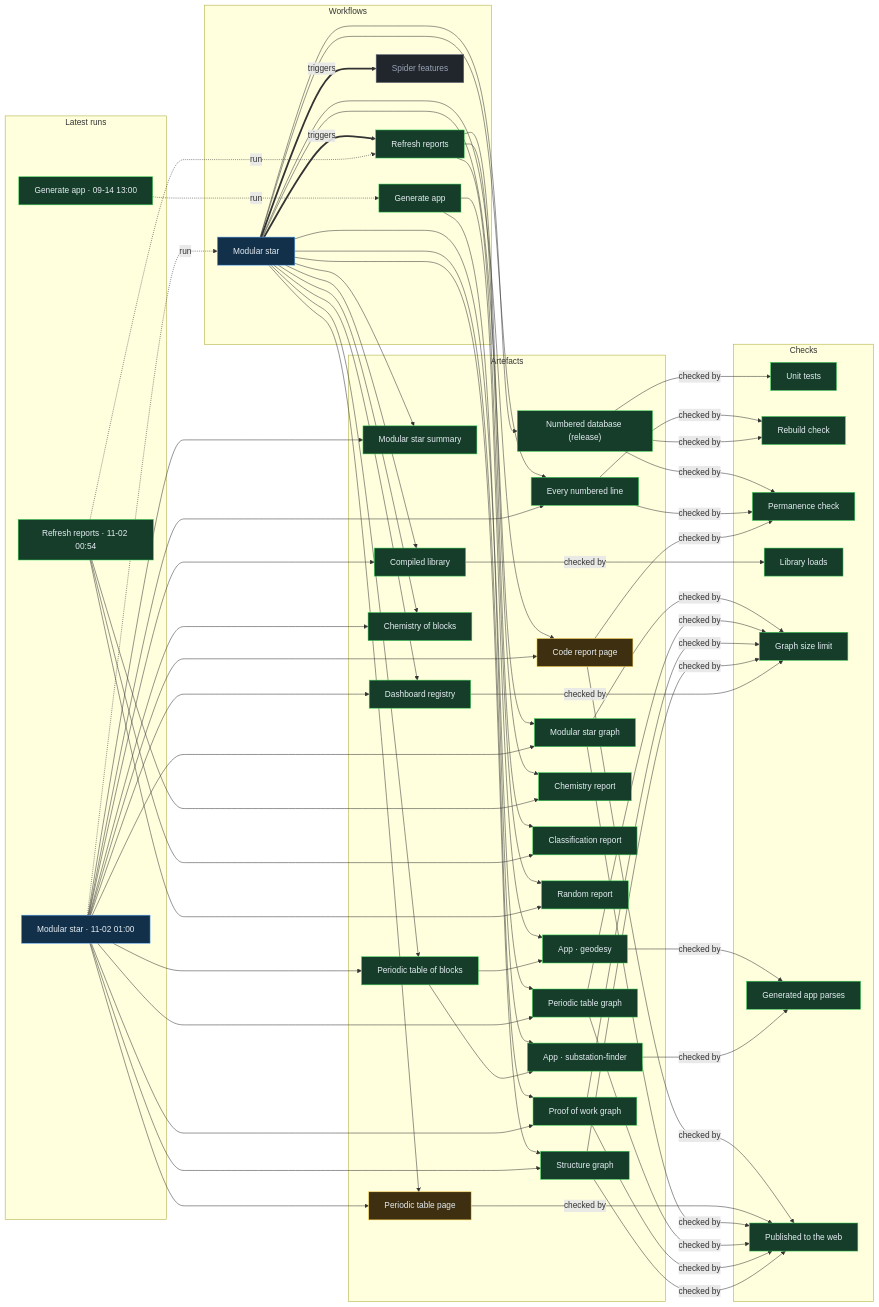
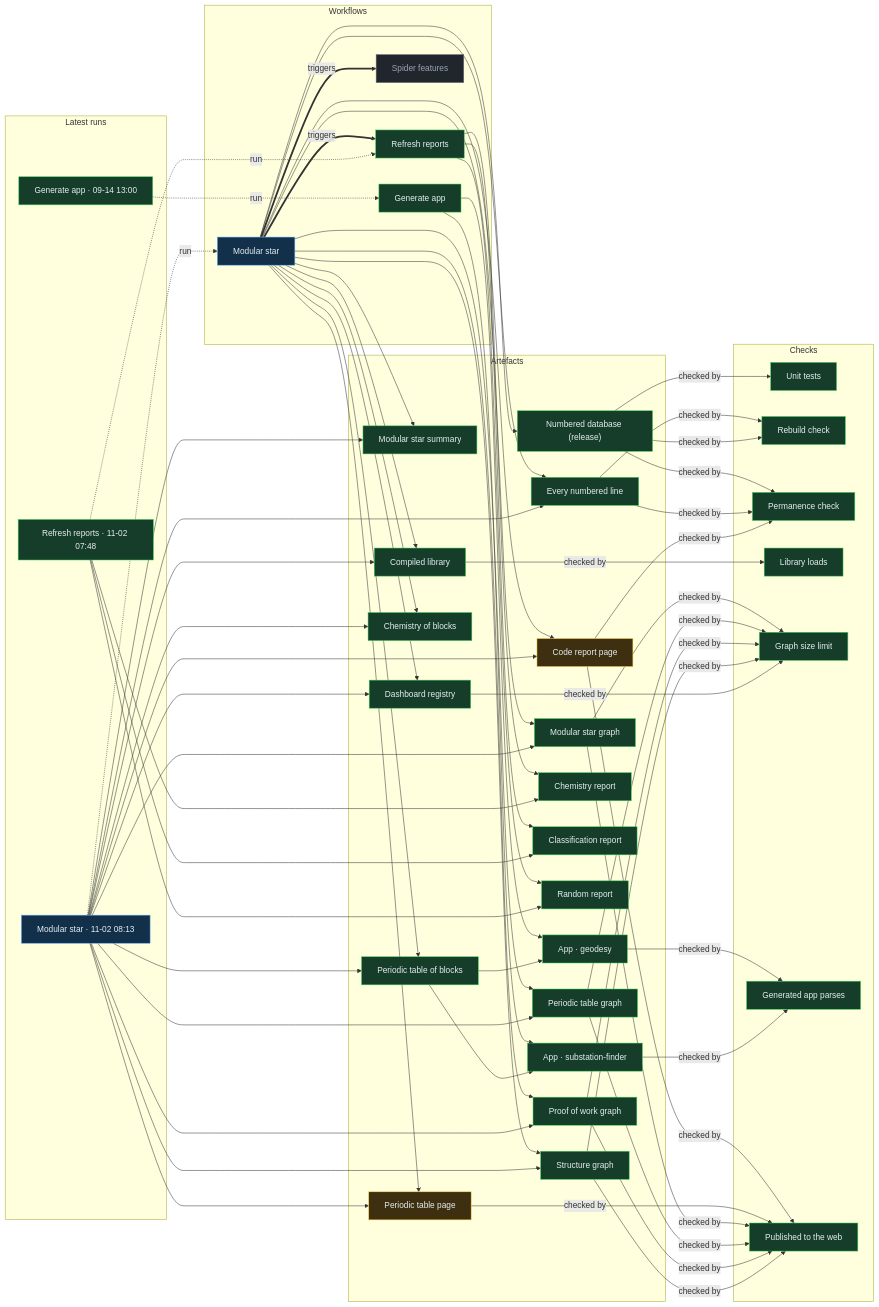
Before and after one commit to Ventusltd/stars: the diagram in proof/PROOF.md, drawn with Mermaid. The commit also changed other lines of this file and 165 other files, not shown here.

Commit message:
Modular star 2026-11-02T08:16Z

```diff
--- a/proof/PROOF.md
+++ b/proof/PROOF.md
@@ -24,8 +24,8 @@
   n_wf_spider_features["Spider features"]:::off
   end
   subgraph g_runs["Latest runs"]
-  n_run_41370137985["Modular star · 11-02 01:00"]:::live
-  n_run_41369663817["Refresh reports · 11-02 00:54"]:::ok
+  n_run_41411462485["Modular star · 11-02 08:13"]:::live
+  n_run_41408644664["Refresh reports · 11-02 07:48"]:::ok
   n_run_34846587798["Generate app · 09-14 13:00"]:::ok
   end
   subgraph g_artefacts["Artefacts"]
@@ -59,39 +59,39 @@
   end
   n_wf_modular_star == triggers ==> n_wf_refresh
   n_wf_modular_star == triggers ==> n_wf_spider_features
-  n_run_41370137985 -. run .-> n_wf_modular_star
-  n_run_41369663817 -. run .-> n_wf_refresh
+  n_run_41411462485 -. run .-> n_wf_modular_star
+  n_run_41408644664 -. run .-> n_wf_refresh
   n_run_34846587798 -. run .-> n_wf_generate
   n_wf_modular_star --> n_art_summary
-  n_run_41370137985 --> n_art_summary
+  n_run_41411462485 --> n_art_summary
   n_wf_modular_star --> n_art_lines
-  n_run_41370137985 --> n_art_lines
+  n_run_41411462485 --> n_art_lines
   n_wf_modular_star --> n_art_code
-  n_run_41370137985 --> n_art_code
+  n_run_41411462485 --> n_art_code
   n_wf_modular_star --> n_art_modular_graph
-  n_run_41370137985 --> n_art_modular_graph
+  n_run_41411462485 --> n_art_modular_graph
   n_wf_modular_star --> n_art_blocks
-  n_run_41370137985 --> n_art_blocks
+  n_run_41411462485 --> n_art_blocks
   n_wf_modular_star --> n_art_table
-  n_run_41370137985 --> n_art_table
+  n_run_41411462485 --> n_art_table
   n_wf_modular_star --> n_art_blocks_graph
-  n_run_41370137985 --> n_art_blocks_graph
+  n_run_41411462485 --> n_art_blocks_graph
   n_wf_modular_star --> n_art_reactions
-  n_run_41370137985 --> n_art_reactions
+  n_run_41411462485 --> n_art_reactions
   n_wf_modular_star --> n_art_library
-  n_run_41370137985 --> n_art_library
+  n_run_41411462485 --> n_art_library
   n_wf_modular_star --> n_art_features
-  n_run_41370137985 --> n_art_features
+  n_run_41411462485 --> n_art_features
   n_wf_modular_star --> n_art_proof
-  n_run_41370137985 --> n_art_proof
+  n_run_41411462485 --> n_art_proof
   n_wf_modular_star --> n_art_structure
-  n_run_41370137985 --> n_art_structure
+  n_run_41411462485 --> n_art_structure
   n_wf_refresh --> n_art_chemistry
-  n_run_41369663817 --> n_art_chemistry
+  n_run_41408644664 --> n_art_chemistry
   n_wf_refresh --> n_art_vedic
-  n_run_41369663817 --> n_art_vedic
+  n_run_41408644664 --> n_art_vedic
   n_wf_refresh --> n_art_random
-  n_run_41369663817 --> n_art_random
+  n_run_41408644664 --> n_art_random
   n_wf_modular_star --> n_art_release
   n_wf_generate --> n_app_geodesy
   n_art_blocks --> n_app_geodesy
```
